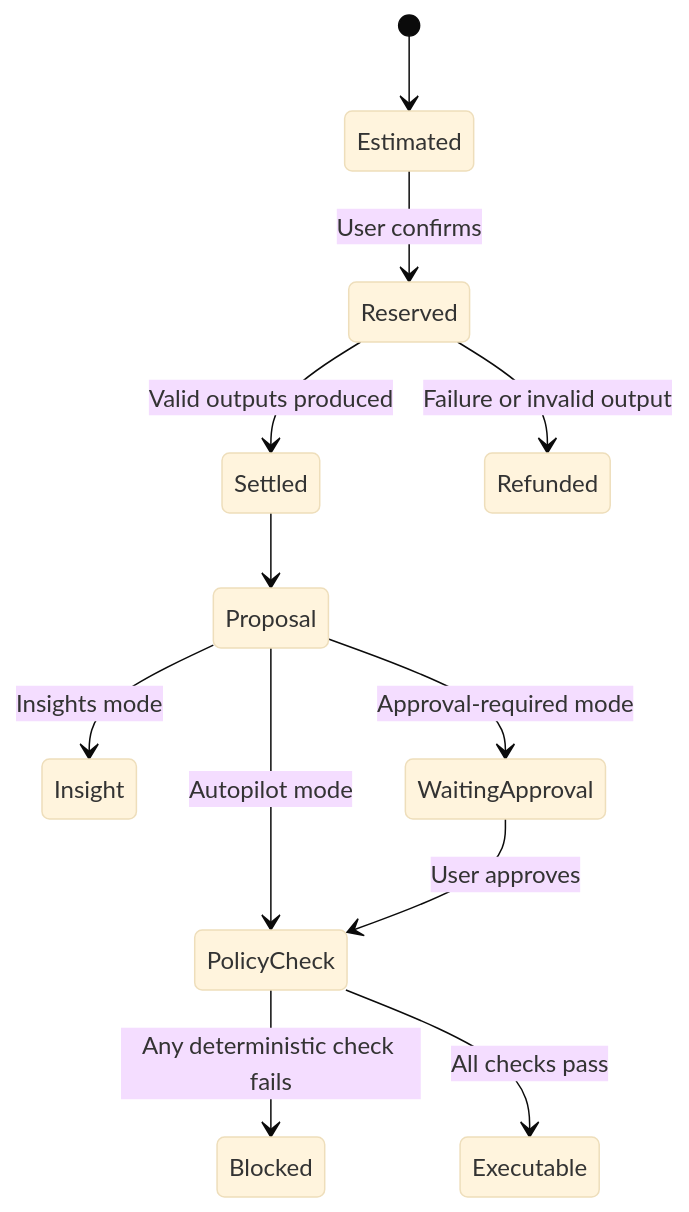
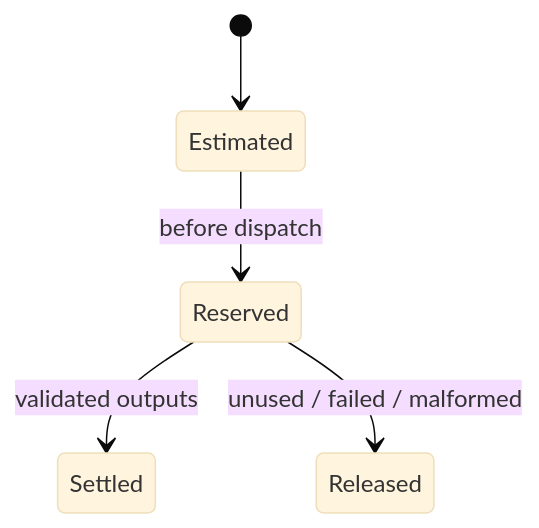
Before and after one commit to malawadd/mowazi: the seventh of 8 diagrams in docs/agentic-backend-architecture.md, drawn with Mermaid (base theme). The commit also changed other lines of this file and 58 other files, not shown here.

````diff
--- a/docs/agentic-backend-architecture.md
+++ b/docs/agentic-backend-architecture.md
@@ -201,14 +175,7 @@
 ```mermaid
 stateDiagram-v2
     [*] --> Estimated
-    Estimated --> Reserved: User confirms
-    Reserved --> Settled: Valid outputs produced
-    Reserved --> Refunded: Failure or invalid output
-    Settled --> Proposal
-    Proposal --> Insight: Insights mode
-    Proposal --> WaitingApproval: Approval-required mode
-    Proposal --> PolicyCheck: Autopilot mode
-    WaitingApproval --> PolicyCheck: User approves
-    PolicyCheck --> Blocked: Any deterministic check fails
-    PolicyCheck --> Executable: All checks pass
+    Estimated --> Reserved: before dispatch
+    Reserved --> Settled: validated outputs
+    Reserved --> Released: unused / failed / malformed
 ```
````
